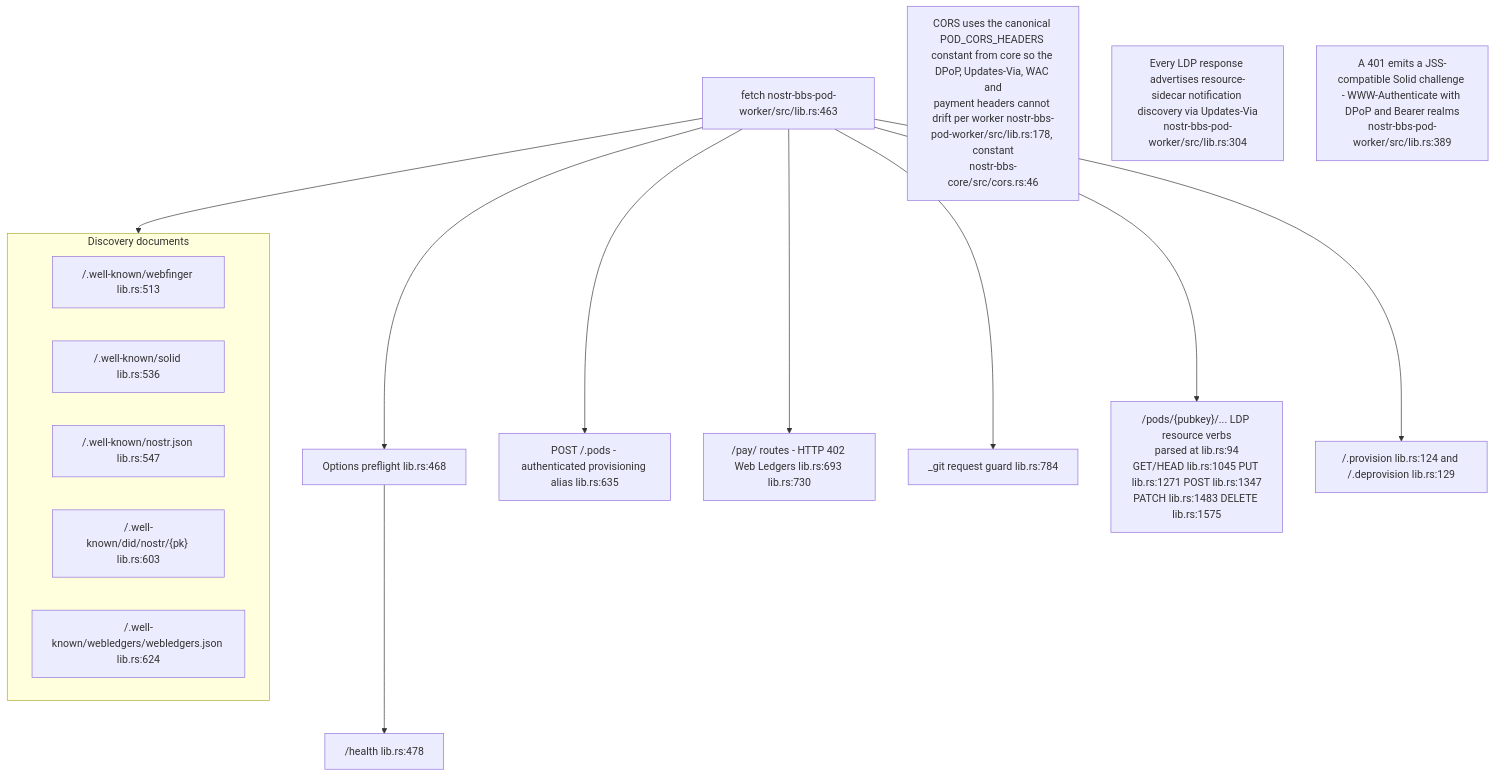
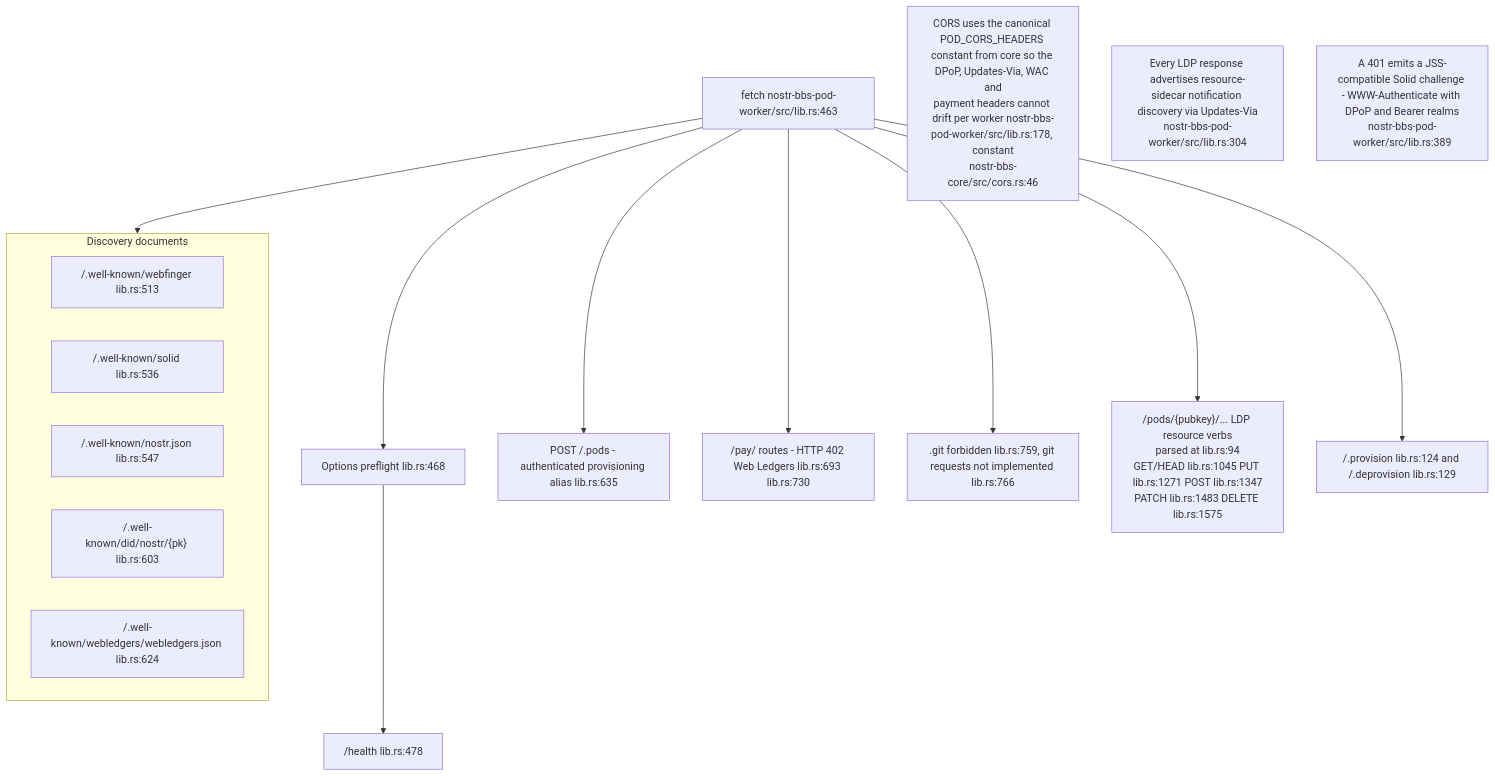
The first of 10 diagrams in docs/diagrams/nostr-rust-forum/04-pod-worker-ldp-wac-and-delegation.md (DreamLab-AI/VisionFlow), drawn with Mermaid before and after one commit. The commit also changed other lines of this file and 91 other files, not shown here.

````diff
--- a/docs/diagrams/nostr-rust-forum/04-pod-worker-ldp-wac-and-delegation.md
+++ b/docs/diagrams/nostr-rust-forum/04-pod-worker-ldp-wac-and-delegation.md
@@ -41,26 +42,26 @@
 ```mermaid
 flowchart TB
     F["fetch nostr-bbs-pod-worker/src/lib.rs:463"]
     OPT["Options preflight lib.rs:468"]
     HEALTH["/health lib.rs:478"]
     subgraph disc["Discovery documents"]
         WF["/.well-known/webfinger lib.rs:513"]
         SOL["/.well-known/solid lib.rs:536"]
         N05["/.well-known/nostr.json lib.rs:547"]
         DID["/.well-known/did/nostr/{pk} lib.rs:603"]
         WL["/.well-known/webledgers/webledgers.json lib.rs:624"]
     end
     PODS["POST /.pods - authenticated provisioning alias lib.rs:635"]
     PAY["/pay/ routes - HTTP 402 Web Ledgers lib.rs:693 lib.rs:730"]
-    GITG["_git request guard lib.rs:784"]
+    GITG[".git forbidden lib.rs:759, git requests not implemented lib.rs:766"]
     LDP["/pods/{pubkey}/... LDP resource verbs<br/>parsed at lib.rs:94<br/>GET/HEAD lib.rs:1045 PUT lib.rs:1271 POST lib.rs:1347<br/>PATCH lib.rs:1483 DELETE lib.rs:1575"]
     PROV["/.provision lib.rs:124 and /.deprovision lib.rs:129"]
 
     F --> OPT --> HEALTH
     F --> disc
     F --> PODS & PAY & GITG & LDP & PROV
 
     N1["CORS uses the canonical POD_CORS_HEADERS constant from core so the DPoP, Updates-Via, WAC and<br/>payment headers cannot drift per worker nostr-bbs-pod-worker/src/lib.rs:178, constant<br/>nostr-bbs-core/src/cors.rs:46"]
     N2["Every LDP response advertises resource-sidecar notification discovery via Updates-Via<br/>nostr-bbs-pod-worker/src/lib.rs:304"]
     N3["A 401 emits a JSS-compatible Solid challenge - WWW-Authenticate with DPoP and Bearer realms<br/>nostr-bbs-pod-worker/src/lib.rs:389"]
 ```
````
